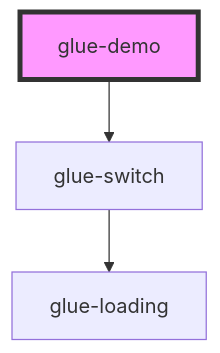
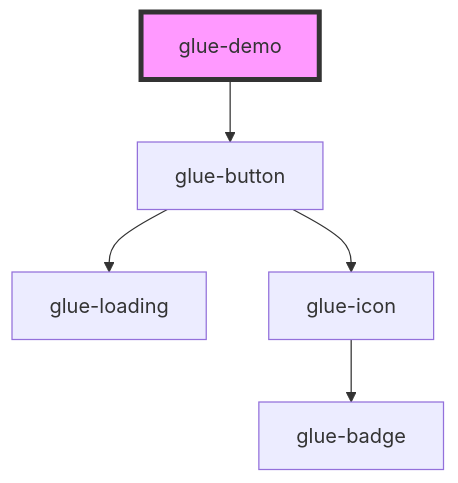
One commit to grasilife/glue changed the diagram in packages/glue-components/src/components/glue-demo/readme.md. Above: the diagram before and after it, drawn with Mermaid. The commit also changed other lines of this file and 7 other files, not shown here.

````diff
--- a/packages/glue-components/src/components/glue-demo/readme.md
+++ b/packages/glue-components/src/components/glue-demo/readme.md
@@ -24,6 +22,8 @@
 ```mermaid
 graph TD;
-  glue-demo --> glue-switch
-  glue-switch --> glue-loading
+  glue-demo --> glue-button
+  glue-button --> glue-loading
+  glue-button --> glue-icon
+  glue-icon --> glue-badge
   style glue-demo fill:#f9f,stroke:#333,stroke-width:4px
 ```
````
